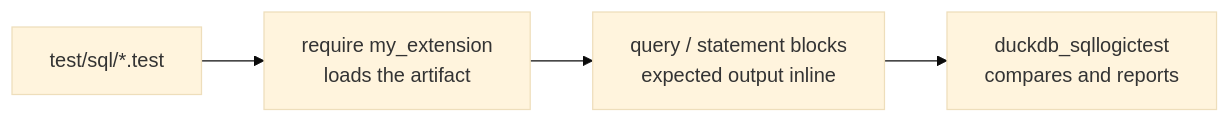
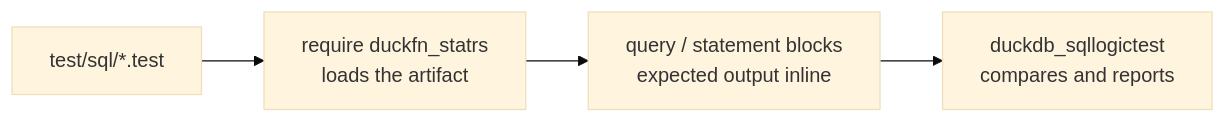
The diagram in docs/docs/guide/testing.md (shijianjs/duckfn-statrs), drawn with Mermaid (base theme) before and after one commit. The commit also changed other lines of this file and 44 other files, not shown here.

First line of the commit message:
feat(extension): 将 statrs 统计库封装为 DuckDB 扩展

````diff
--- a/docs/docs/guide/testing.md
+++ b/docs/docs/guide/testing.md
@@ -23,6 +23,6 @@
 ```mermaid
 flowchart LR
-    file["test/sql/*.test"] --> req["require my_extension<br/>loads the artifact"]
+    file["test/sql/*.test"] --> req["require duckfn_statrs<br/>loads the artifact"]
     req --> blocks["query / statement blocks<br/>expected output inline"]
     blocks --> runner["duckdb_sqllogictest<br/>compares and reports"]
 ```
````
